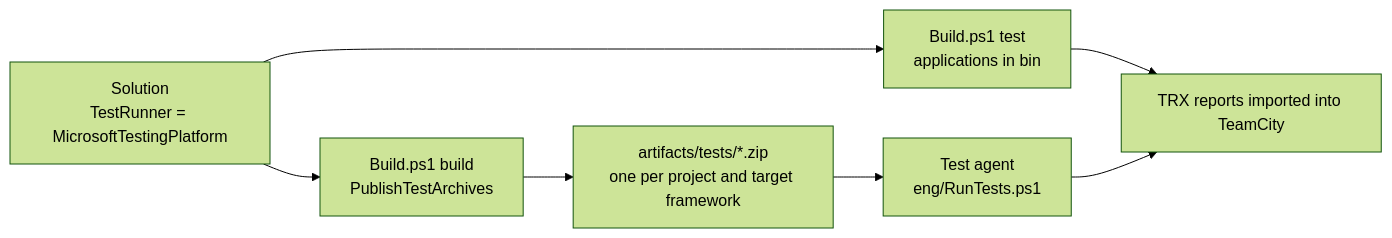
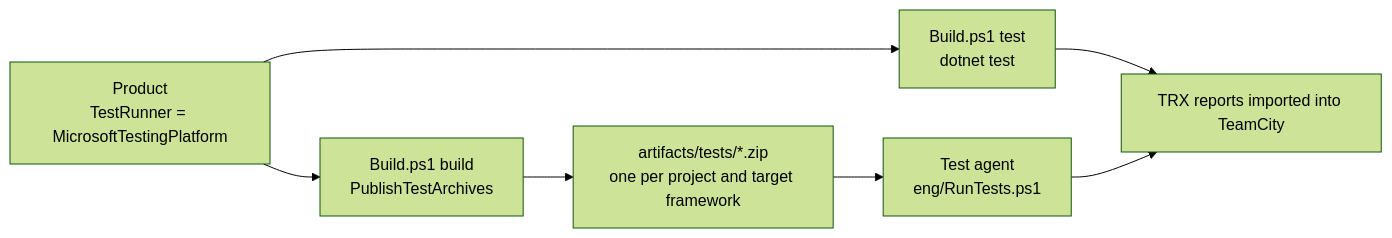
One commit to postsharp-ops/PostSharp.Engineering changed the diagram in doc/testing-platform.md. Above: the diagram before and after it, drawn with Mermaid (forest theme). The commit also changed other lines of this file and 29 other files, not shown here.

````diff
--- a/doc/testing-platform.md
+++ b/doc/testing-platform.md
@@ -12,9 +12,9 @@
 ```mermaid
 flowchart LR
-    S["Solution<br/>TestRunner = MicrosoftTestingPlatform"] --> T["Build.ps1 test<br/>applications in bin"]
-    S --> B["Build.ps1 build<br/>PublishTestArchives"]
+    P["Product<br/>TestRunner = MicrosoftTestingPlatform"] --> T["Build.ps1 test<br/>dotnet test"]
+    P --> B["Build.ps1 build<br/>PublishTestArchives"]
     B --> A["artifacts/tests/*.zip<br/>one per project and target framework"]
     A --> C["Test agent<br/>eng/RunTests.ps1"]
     T --> R["TRX reports imported into TeamCity"]
     C --> R
 ```
````
